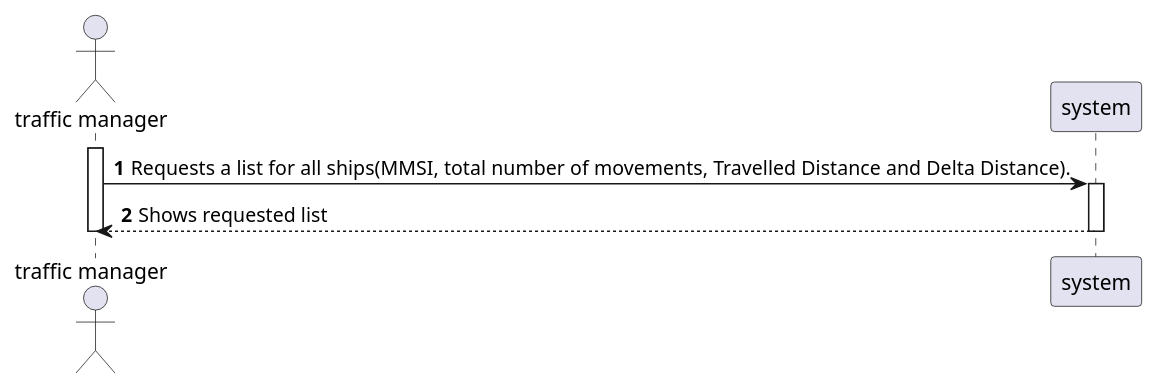
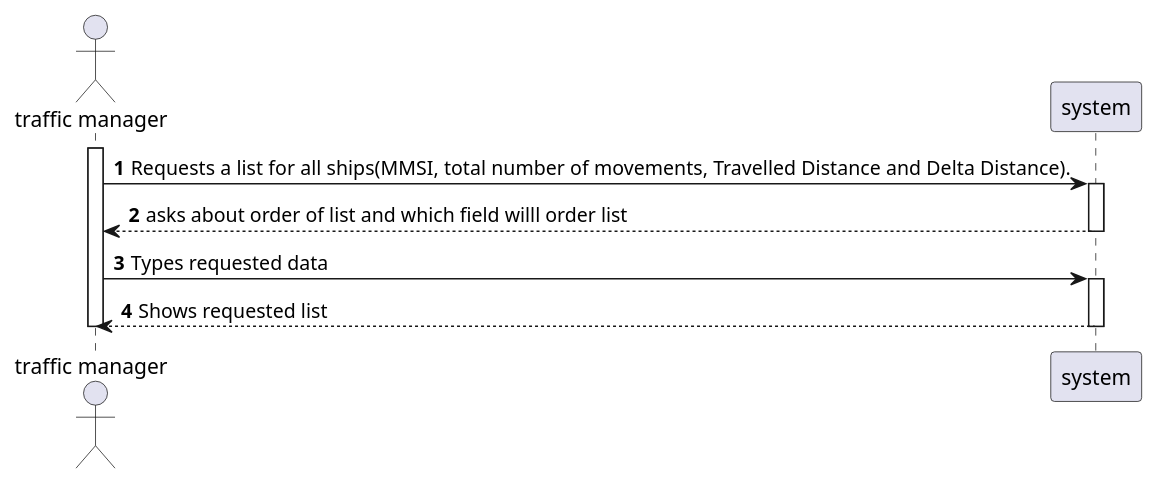
Before and after one commit to mpoboas/lapr3-2021-g102: the diagram in docs/Sprint1/US105/SSD.puml, drawn with PlantUML. The commit also changed 7 other files, not shown here.

```diff
--- a/docs/Sprint1/US105/SSD.puml
+++ b/docs/Sprint1/US105/SSD.puml
@@ -1,12 +1,16 @@
 @startuml
 actor "traffic manager" as actor
 participant system as sys
 autonumber
 activate actor
 actor -> sys : Requests  a list for all ships(MMSI, total number of movements, Travelled Distance and Delta Distance).
 activate sys
+sys --> actor : asks about order of list and which field willl order list
+deactivate sys
+actor ->sys : Types requested data
+activate sys
 
 sys --> actor : Shows requested list
 deactivate sys
 deactivate actor
 @enduml
```
